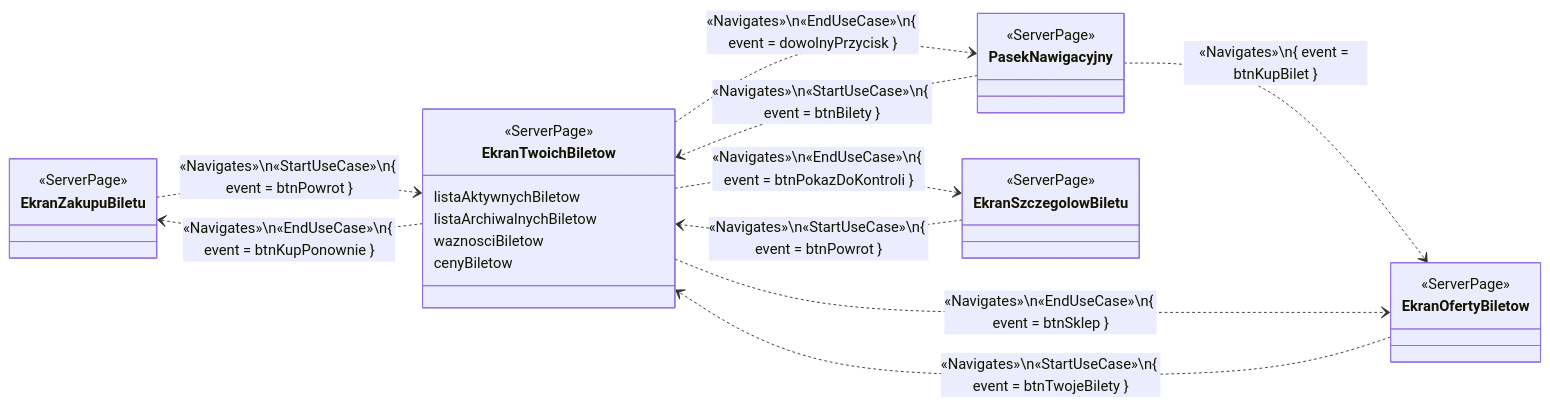
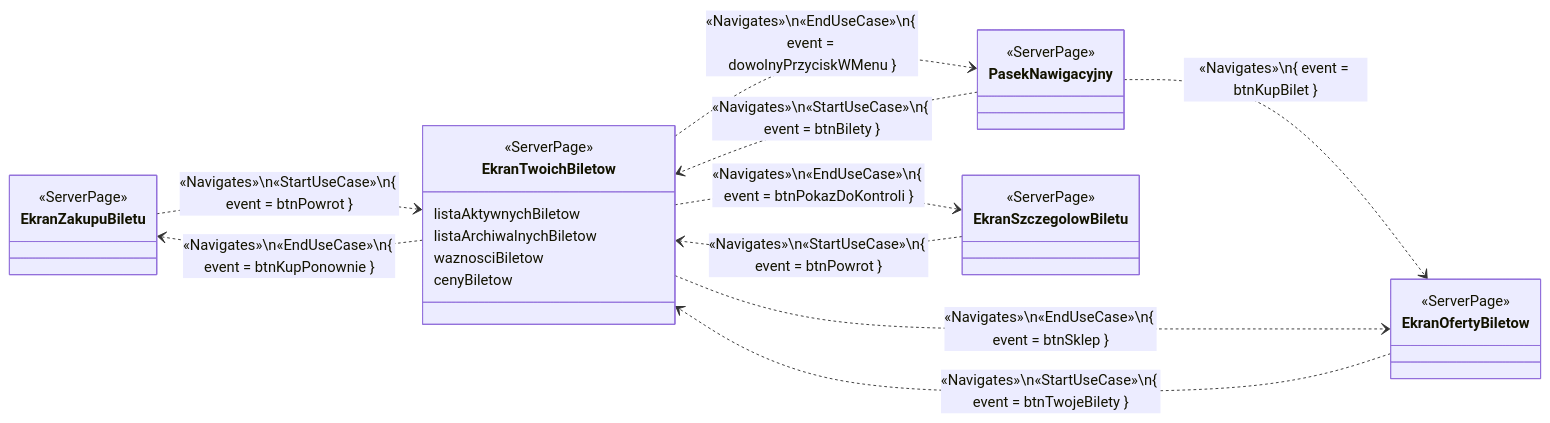
One commit to PWR-ACS-SE-24/SoftwareSystemDesign changed the sixth of 15 diagrams in documentation/course/E1.md. Above: the diagram before and after it, drawn with Mermaid. The commit also changed other lines of this file and 8 other files, not shown here.

````diff
--- a/documentation/course/E1.md
+++ b/documentation/course/E1.md
@@ -718,42 +749,42 @@
 ```mermaid
 classDiagram
     direction LR
 
     class EkranZakupuBiletu {
         <<ServerPage>>
         }
 
     class PasekNawigacyjny {
         <<ServerPage>>
         }
 
     class EkranTwoichBiletow {
         <<ServerPage>>
         listaAktywnychBiletow
         listaArchiwalnychBiletow
         waznosciBiletow
         cenyBiletow
     }
 
     class EkranSzczegolowBiletu {
         <<ServerPage>>
         }
         
     class EkranOfertyBiletow {
         <<ServerPage>>
         }
 
     PasekNawigacyjny ..> EkranTwoichBiletow: «Navigates»\n«StartUseCase»\n{ event = btnBilety }
     PasekNawigacyjny ..> EkranOfertyBiletow: «Navigates»\n{ event = btnKupBilet }
-    EkranTwoichBiletow ..> PasekNawigacyjny: «Navigates»\n«EndUseCase»\n{ event = dowolnyPrzycisk }
+    EkranTwoichBiletow ..> PasekNawigacyjny: «Navigates»\n«EndUseCase»\n{ event = dowolnyPrzyciskWMenu }
 
     EkranTwoichBiletow ..> EkranSzczegolowBiletu: «Navigates»\n«EndUseCase»\n{ event = btnPokazDoKontroli }
     EkranSzczegolowBiletu ..> EkranTwoichBiletow: «Navigates»\n«StartUseCase»\n{ event = btnPowrot }
 
     EkranTwoichBiletow ..> EkranZakupuBiletu: «Navigates»\n«EndUseCase»\n{ event = btnKupPonownie }
     EkranZakupuBiletu ..> EkranTwoichBiletow: «Navigates»\n«StartUseCase»\n{ event = btnPowrot }
 
     EkranTwoichBiletow ..> EkranOfertyBiletow: «Navigates»\n«EndUseCase»\n{ event = btnSklep }
     EkranOfertyBiletow ..> EkranTwoichBiletow: «Navigates»\n«StartUseCase»\n{ event = btnTwojeBilety }
     
 ```
````
